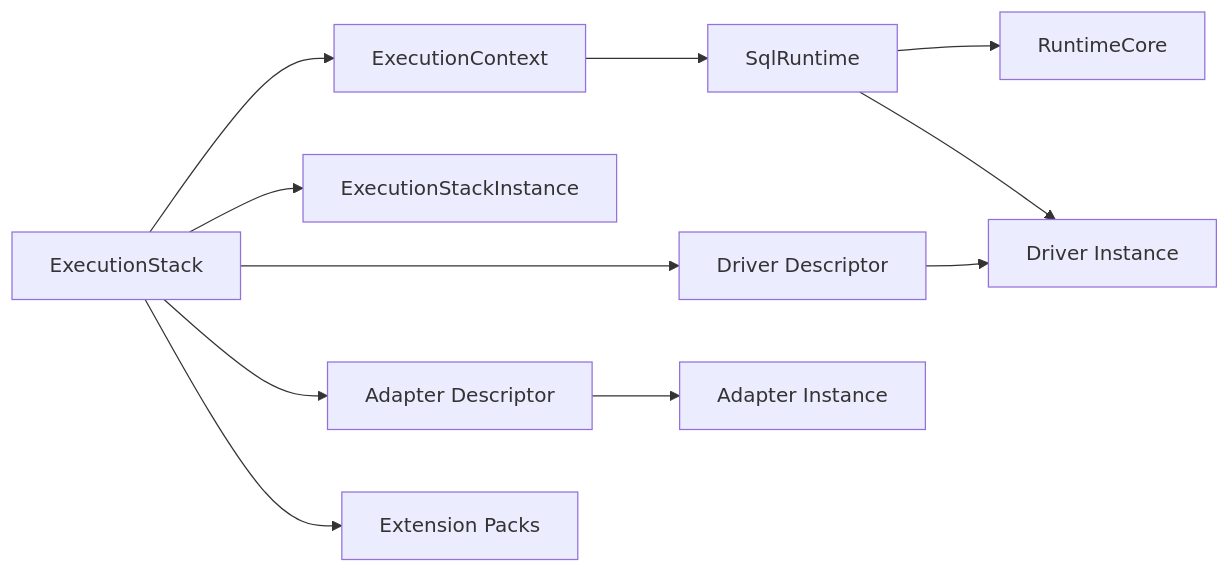
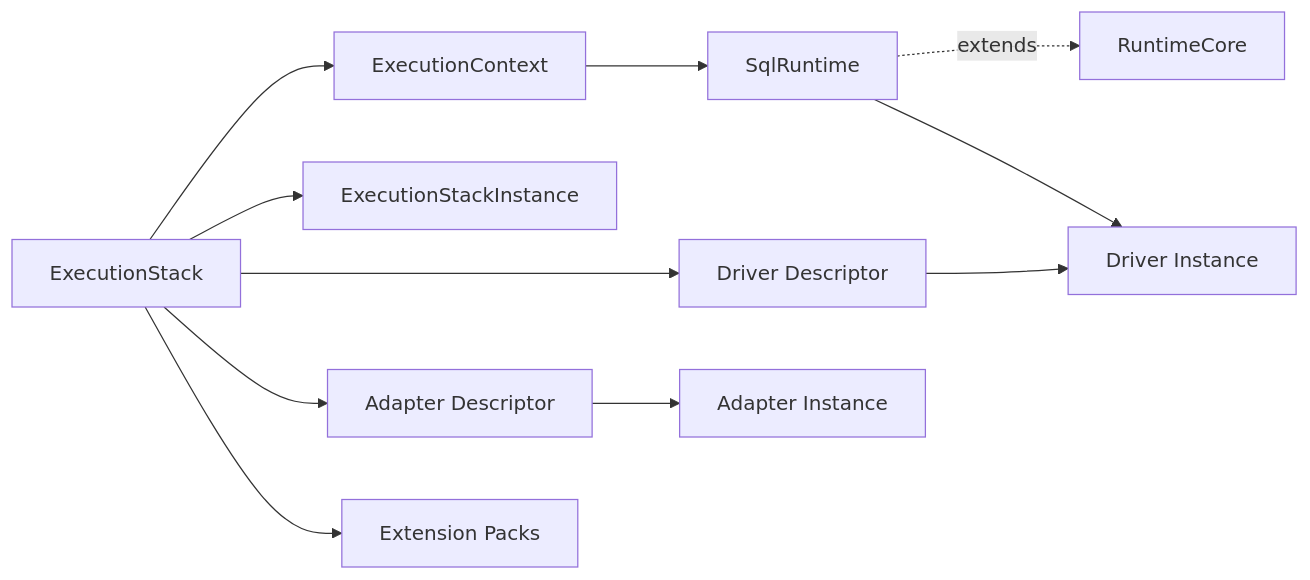
The diagram in packages/2-sql/5-runtime/README.md (prisma/prisma-next), drawn with Mermaid before and after one commit. The commit also changed other lines of this file and 4 other files, not shown here.

````diff
--- a/packages/2-sql/5-runtime/README.md
+++ b/packages/2-sql/5-runtime/README.md
@@ -159,13 +161,13 @@
 ```mermaid
 flowchart LR
   Stack[ExecutionStack] --> Context[ExecutionContext]
   Stack --> StackI[ExecutionStackInstance]
   Stack --> DriverDesc[Driver Descriptor]
   Stack --> AdapterDesc[Adapter Descriptor]
   Stack --> Packs[Extension Packs]
   Context --> Runtime[SqlRuntime]
-  Runtime --> Core[RuntimeCore]
+  Runtime -.extends.-> Core[RuntimeCore]
   DriverDesc --> DriverInst[Driver Instance]
   AdapterDesc --> AdapterInst[Adapter Instance]
   Runtime --> DriverInst
 ```
````
